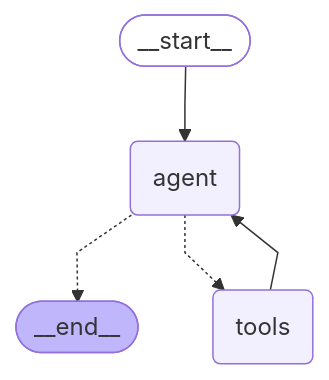
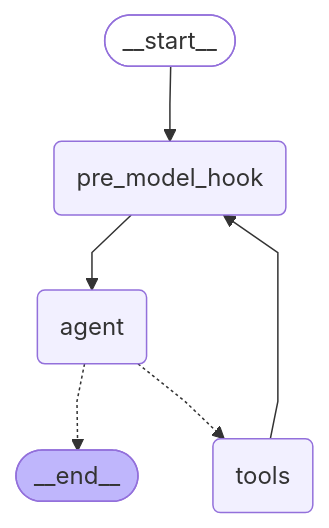
One commit to AKSShan10/LumenAi changed the third of 3 diagrams in docs/architecture/LumenAI_Workflows_From_Code.md. Above: the diagram before and after it, drawn with Mermaid. The commit also changed other lines of this file and 37 other files, not shown here.

````diff
--- a/docs/architecture/LumenAI_Workflows_From_Code.md
+++ b/docs/architecture/LumenAI_Workflows_From_Code.md
@@ -99,19 +99,21 @@
 ```mermaid
 ---
 config:
   flowchart:
     curve: linear
 ---
 graph TD;
 	__start__([<p>__start__</p>]):::first
 	agent(agent)
 	tools(tools)
+	pre_model_hook(pre_model_hook)
 	__end__([<p>__end__</p>]):::last
-	__start__ --> agent;
+	__start__ --> pre_model_hook;
 	agent -.-> __end__;
 	agent -.-> tools;
-	tools --> agent;
+	pre_model_hook --> agent;
+	tools --> pre_model_hook;
 	classDef default fill:#f2f0ff,line-height:1.2
 	classDef first fill-opacity:0
 	classDef last fill:#bfb6fc
 ```
````
